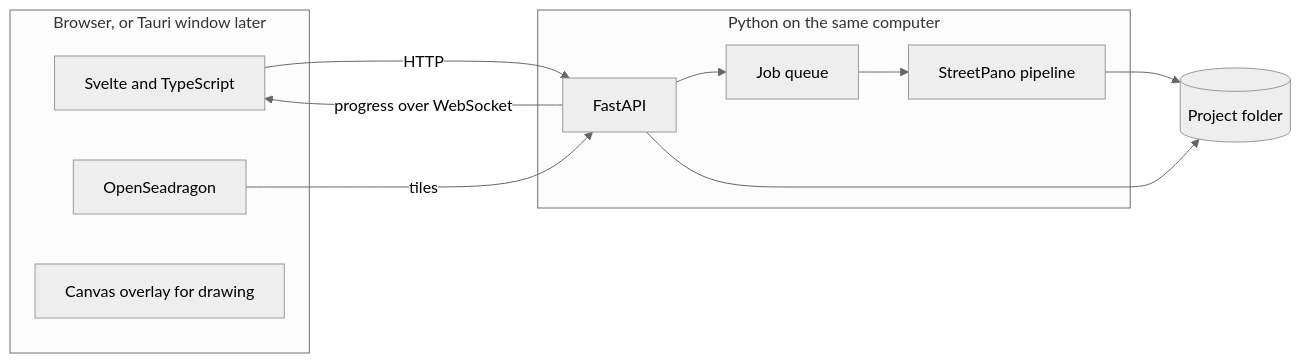
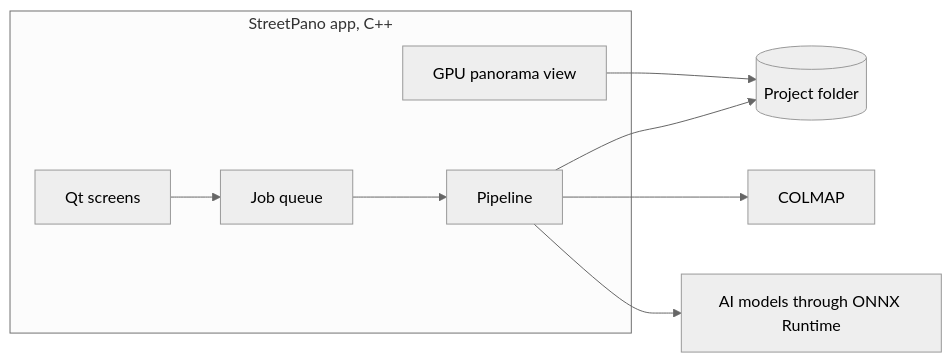
Before and after one commit to retotito/StreetPano: the second of 2 diagrams in docs/concept/ui-workflow.md, drawn with Mermaid (neutral theme). The commit also changed other lines of this file and 73 other files, not shown here.

````diff
--- a/docs/concept/ui-workflow.md
+++ b/docs/concept/ui-workflow.md
@@ -120,19 +123,17 @@
 ```mermaid
 flowchart LR
-    subgraph Browser[Browser, or Tauri window later]
-        UI[Svelte and TypeScript]
-        OSD[OpenSeadragon]
-        CV[Canvas overlay for drawing]
+    subgraph App[StreetPano app, C++]
+        UI[Qt screens]
+        View[GPU panorama view]
+        Jobs[Job queue]
+        Core[Pipeline]
     end
-    subgraph Local[Python on the same computer]
-        API[FastAPI]
-        Jobs[Job queue]
-        Core[StreetPano pipeline]
-    end
+    Colmap[COLMAP]
+    Ai[AI models through ONNX Runtime]
     Disk[(Project folder)]
-    UI -- HTTP --> API
-    OSD -- tiles --> API
-    API -- progress over WebSocket --> UI
-    API --> Jobs --> Core --> Disk
-    API --> Disk
+    UI --> Jobs --> Core
+    View --> Disk
+    Core --> Disk
+    Core --> Colmap
+    Core --> Ai
 ```
````
